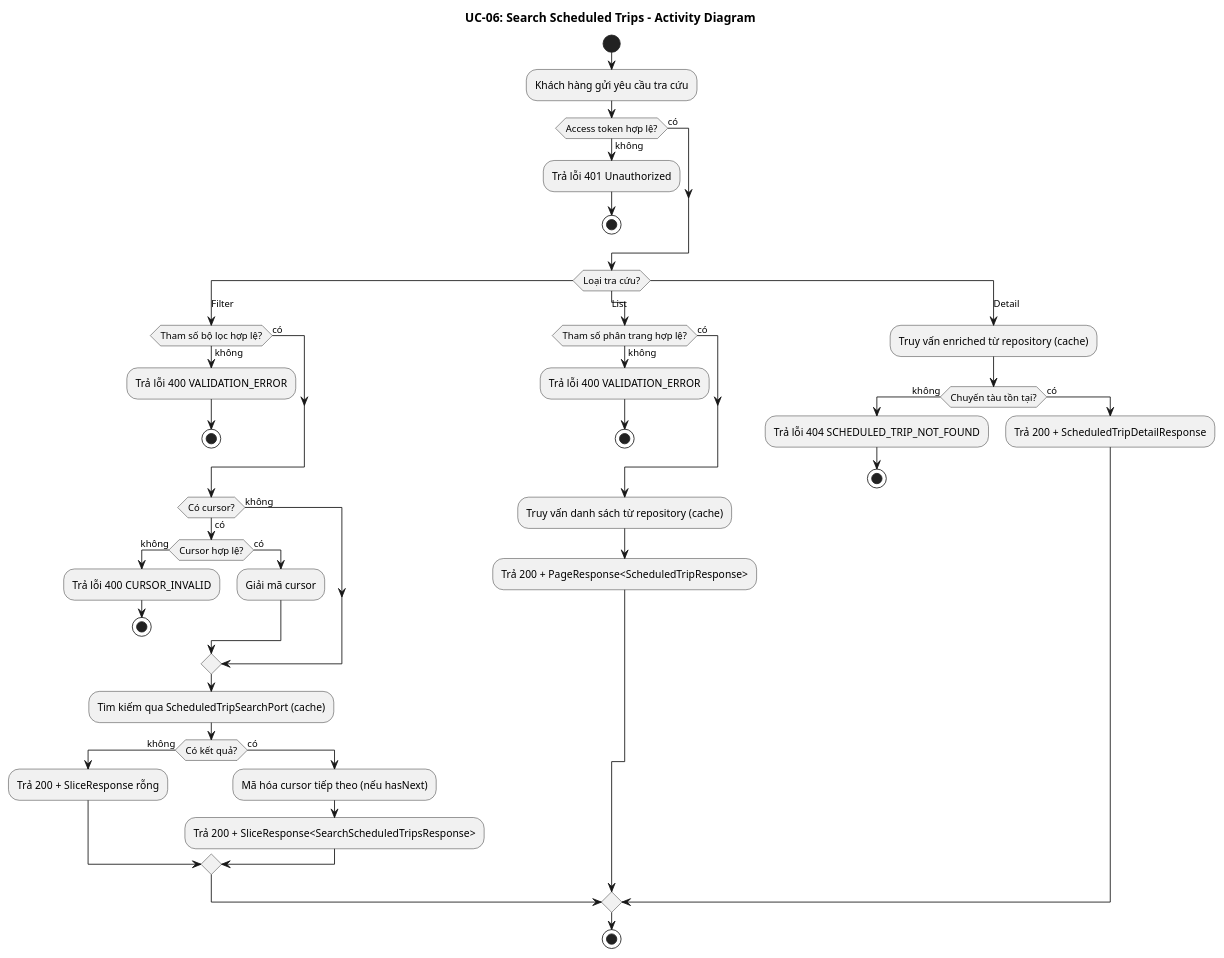
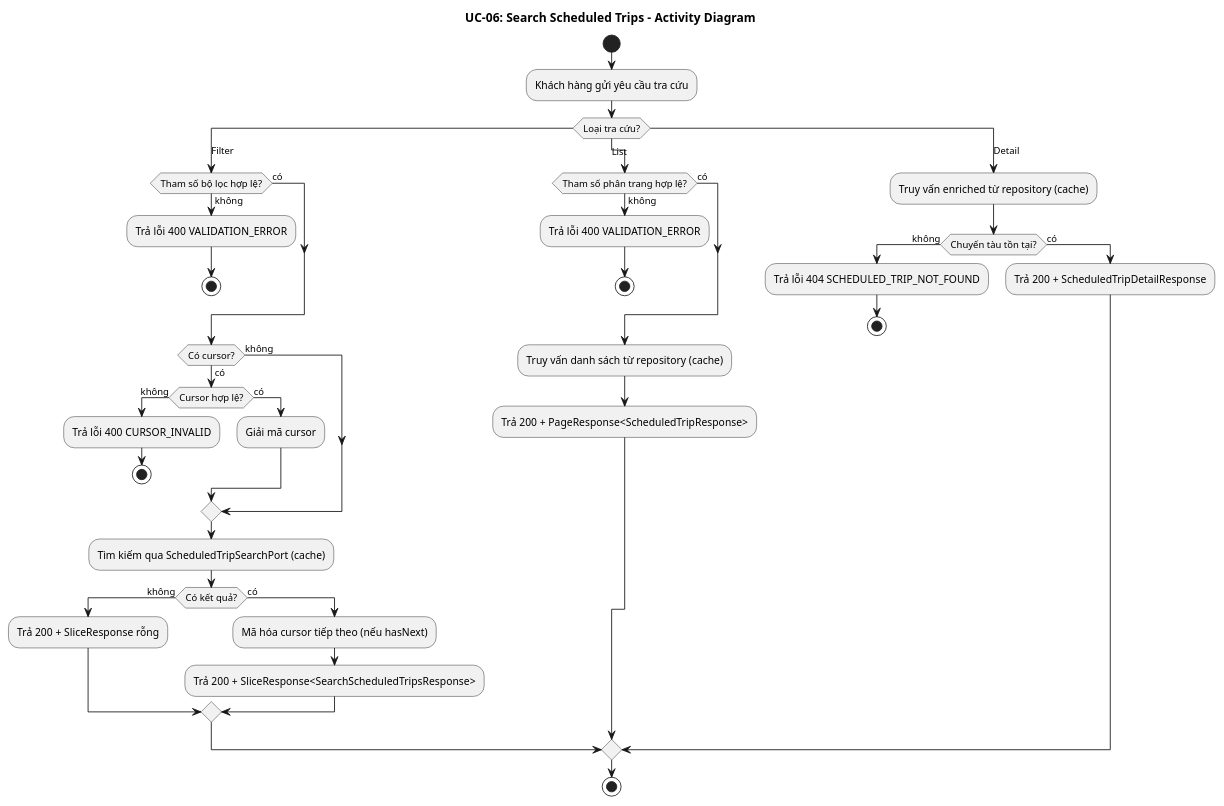
The second of 5 diagrams in docs/usecases/UC-06-tra-cuu-chuyen-tau.md (Phunguy65/train-ticket-booking-system-plus), drawn with PlantUML before and after one commit. The commit also changed other lines of this file and 6 other files, not shown here.

````diff
--- a/docs/usecases/UC-06-tra-cuu-chuyen-tau.md
+++ b/docs/usecases/UC-06-tra-cuu-chuyen-tau.md
@@ -71,66 +69,60 @@
 ```plantuml
 @startuml UC-06-activity
 title UC-06: Search Scheduled Trips - Activity Diagram
 
 start
 
 :Khách hàng gửi yêu cầu tra cứu;
-
-if (Access token hợp lệ?) then (không)
-  :Trả lỗi 401 Unauthorized;
-  stop
-else (có)
-endif
 
 switch (Loại tra cứu?)
 case (Filter)
   if (Tham số bộ lọc hợp lệ?) then (không)
     :Trả lỗi 400 VALIDATION_ERROR;
     stop
   else (có)
   endif
 
   if (Có cursor?) then (có)
     if (Cursor hợp lệ?) then (không)
       :Trả lỗi 400 CURSOR_INVALID;
       stop
     else (có)
       :Giải mã cursor;
     endif
   else (không)
   endif
 
   :Tìm kiếm qua ScheduledTripSearchPort (cache);
 
   if (Có kết quả?) then (không)
     :Trả 200 + SliceResponse rỗng;
   else (có)
     :Mã hóa cursor tiếp theo (nếu hasNext);
     :Trả 200 + SliceResponse<SearchScheduledTripsResponse>;
   endif
 
 case (List)
   if (Tham số phân trang hợp lệ?) then (không)
     :Trả lỗi 400 VALIDATION_ERROR;
     stop
   else (có)
   endif
 
   :Truy vấn danh sách từ repository (cache);
   :Trả 200 + PageResponse<ScheduledTripResponse>;
 
 case (Detail)
   :Truy vấn enriched từ repository (cache);
 
   if (Chuyến tàu tồn tại?) then (không)
     :Trả lỗi 404 SCHEDULED_TRIP_NOT_FOUND;
     stop
   else (có)
     :Trả 200 + ScheduledTripDetailResponse;
   endif
 
 endswitch
 
 stop
 @enduml
 ```
````
